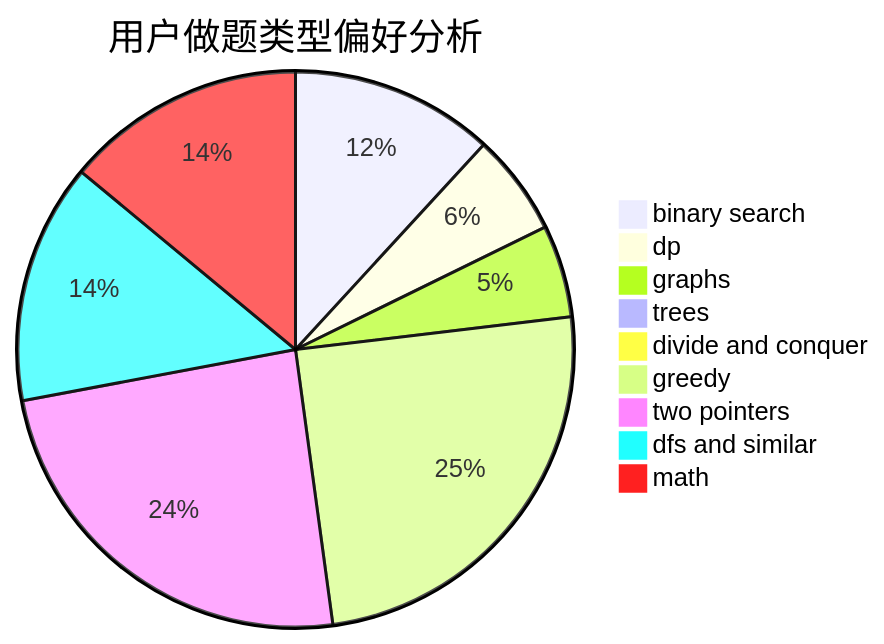
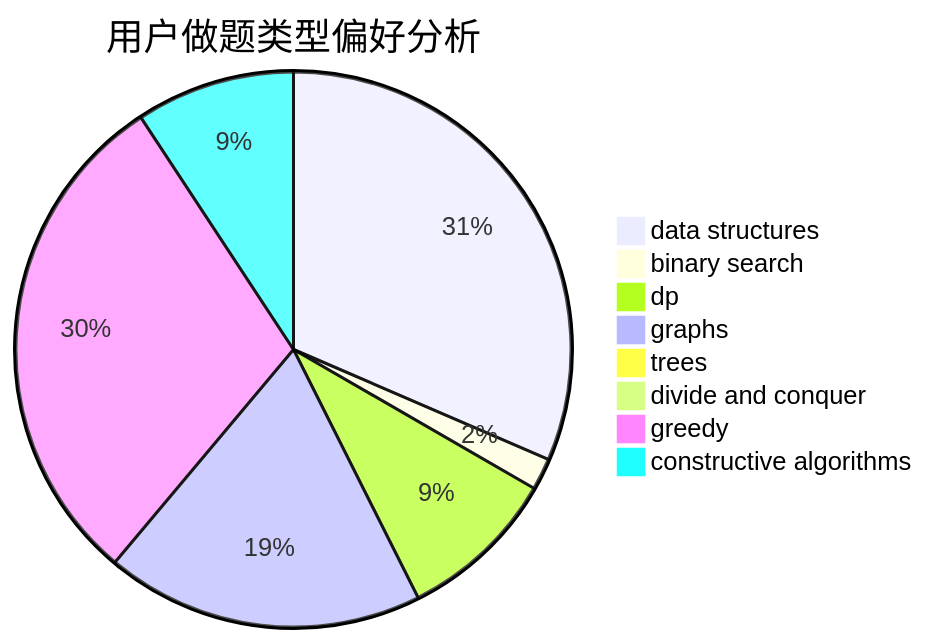
One commit to sherpahu/cfrs.github.io changed the second of 3 diagrams in docs/user/u1015.md. Above: the diagram before and after it, drawn with Mermaid. The commit also changed other lines of this file and 2775 other files, not shown here.

````diff
--- a/docs/user/u1015.md
+++ b/docs/user/u1015.md
@@ -23,12 +23,11 @@
 ```mermaid
 pie title 用户做题类型偏好分析
-    "binary search" :  22
-    "dp" :  11
+    "data structures" :  17
+    "binary search" :  1
+    "dp" :  5
     "graphs" :  10
     "trees" :  0
     "divide and conquer" :  0
-    "greedy" :  46
-    "two pointers" :  45
-    "dfs and similar" :  26
-    "math" :  26
+    "greedy" :  16
+    "constructive algorithms" :  5
 ```
````
